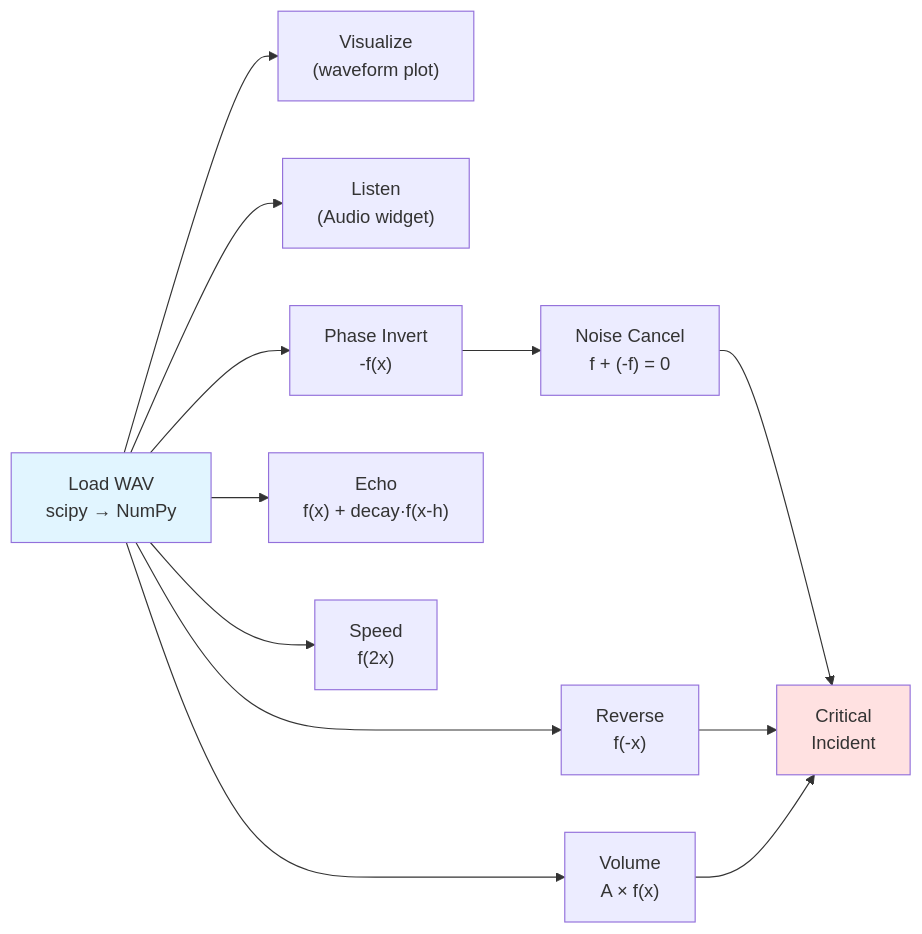
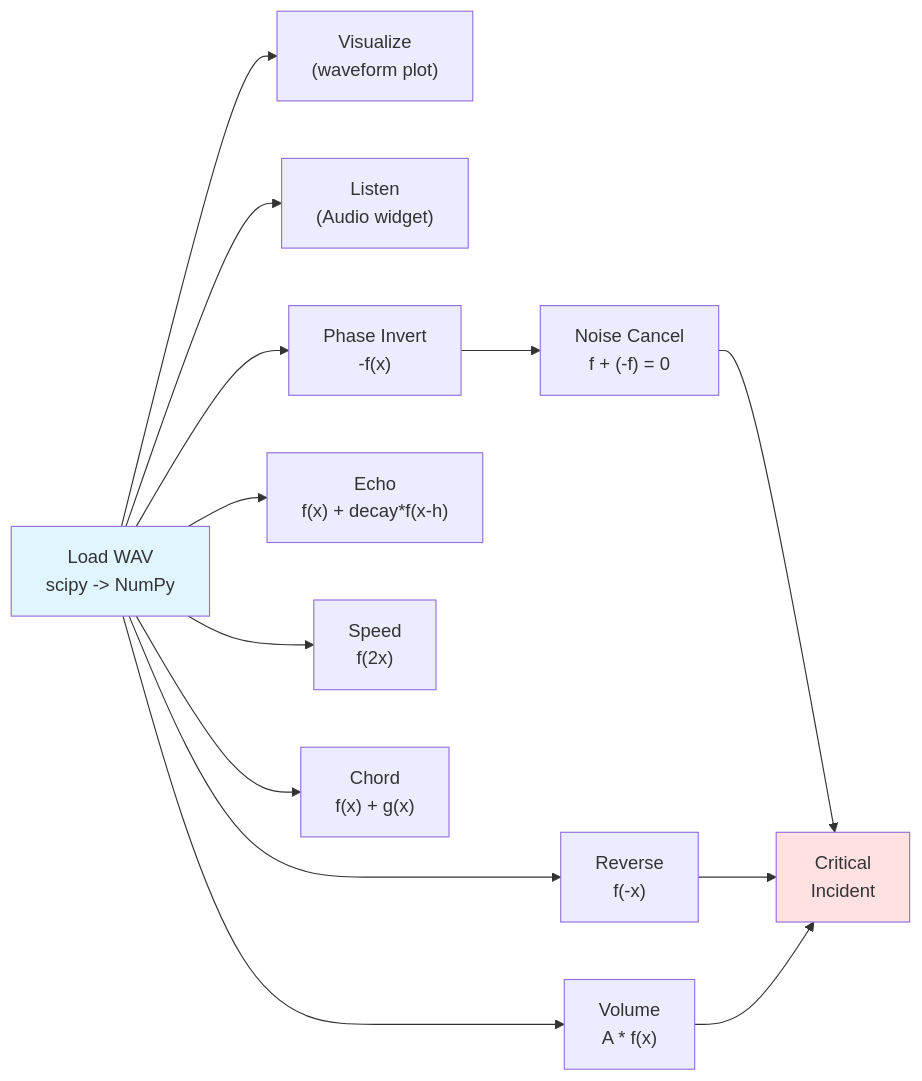
The sixth of 6 diagrams in lab05/concepts.md (devomh/comp3084-2026), drawn with Mermaid before and after one commit. The commit also changed other lines of this file and 3 other files, not shown here.

````diff
--- a/lab05/concepts.md
+++ b/lab05/concepts.md
@@ -766,18 +1168,19 @@
 ```mermaid
 flowchart LR
-    A["Load WAV<br/>scipy → NumPy"] --> B["Visualize<br/>(waveform plot)"]
+    A["Load WAV<br/>scipy -> NumPy"] --> B["Visualize<br/>(waveform plot)"]
     A --> C["Listen<br/>(Audio widget)"]
-    A --> D["Volume<br/>A × f(x)"]
+    A --> D["Volume<br/>A * f(x)"]
     A --> E["Phase Invert<br/>-f(x)"]
     E --> F["Noise Cancel<br/>f + (-f) = 0"]
-    A --> G["Echo<br/>f(x) + decay·f(x-h)"]
+    A --> G["Echo<br/>f(x) + decay*f(x-h)"]
     A --> H["Reverse<br/>f(-x)"]
     A --> I["Speed<br/>f(2x)"]
+    A --> J["Chord<br/>f(x) + g(x)"]
 
-    F --> J["Critical<br/>Incident"]
-    H --> J
-    D --> J
+    F --> K["Critical<br/>Incident"]
+    H --> K
+    D --> K
 
     style A fill:#e1f5ff
-    style J fill:#ffe1e1
+    style K fill:#ffe1e1
 ```
````
